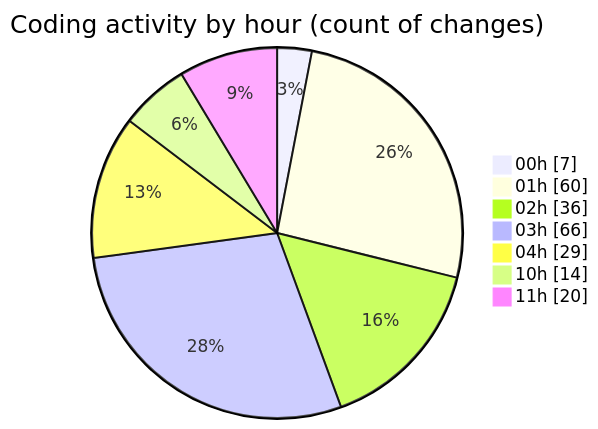
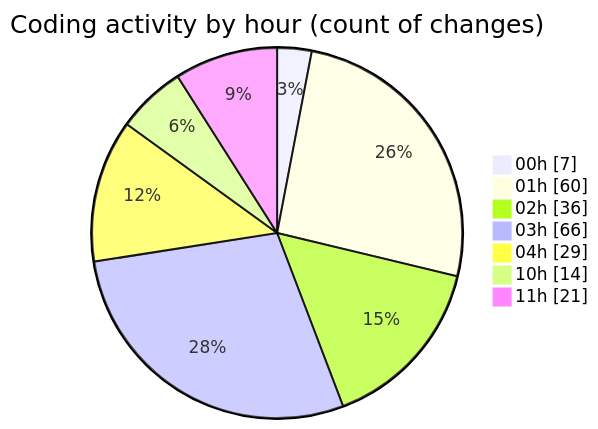
The second of 2 diagrams in 2025-10-07/eventscop-frontend-guide__workspace_/README.md (julien-gomy/code-tracking), drawn with Mermaid before and after one commit. The commit also changed other lines of this file and 1 other file, not shown here.

````diff
--- a/2025-10-07/eventscop-frontend-guide__workspace_/README.md
+++ b/2025-10-07/eventscop-frontend-guide__workspace_/README.md
@@ -104,11 +104,11 @@
 ```mermaid
 pie showData
 title Coding activity by hour (count of changes)
 "00h" : 7
 "01h" : 60
 "02h" : 36
 "03h" : 66
 "04h" : 29
 "10h" : 14
-"11h" : 20
+"11h" : 21
 ```
````
